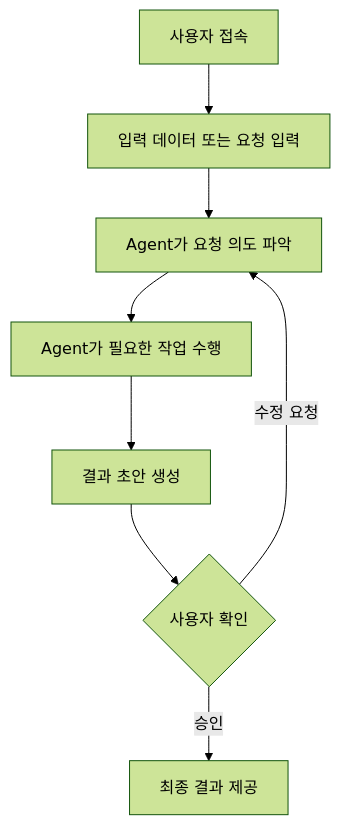
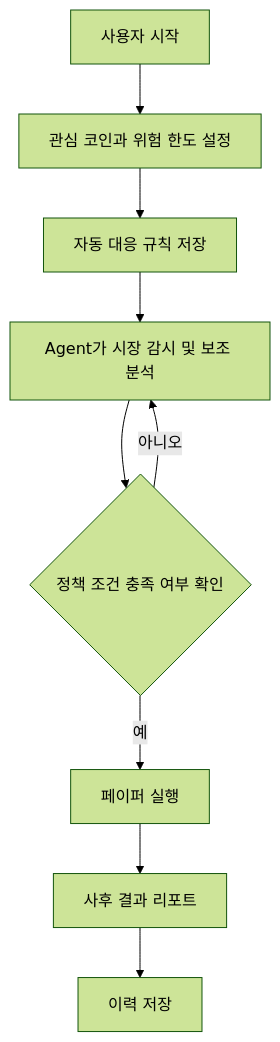
One commit to UpstageAI/sw-maestro-project changed the first of 3 diagrams in PROPOSAL.md. Above: the diagram before and after it, drawn with Mermaid (forest theme). The commit also changed other lines of this file, not shown here.

````diff
--- a/PROPOSAL.md
+++ b/PROPOSAL.md
@@ -210,10 +167,11 @@
 ```mermaid
 flowchart TD
-    A[사용자 접속] --> B[입력 데이터 또는 요청 입력]
-    B --> C[Agent가 요청 의도 파악]
-    C --> D[Agent가 필요한 작업 수행]
-    D --> E[결과 초안 생성]
-    E --> F{사용자 확인}
-    F -->|수정 요청| C
-    F -->|승인| G[최종 결과 제공]
+    A[사용자 시작] --> B[관심 코인과 위험 한도 설정]
+    B --> C[자동 대응 규칙 저장]
+    C --> D[Agent가 시장 감시 및 보조 분석]
+    D --> E{정책 조건 충족 여부 확인}
+    E -->|아니오| D
+    E -->|예| F[페이퍼 실행]
+    F --> G[사후 결과 리포트]
+    G --> H[이력 저장]
 ```
````
